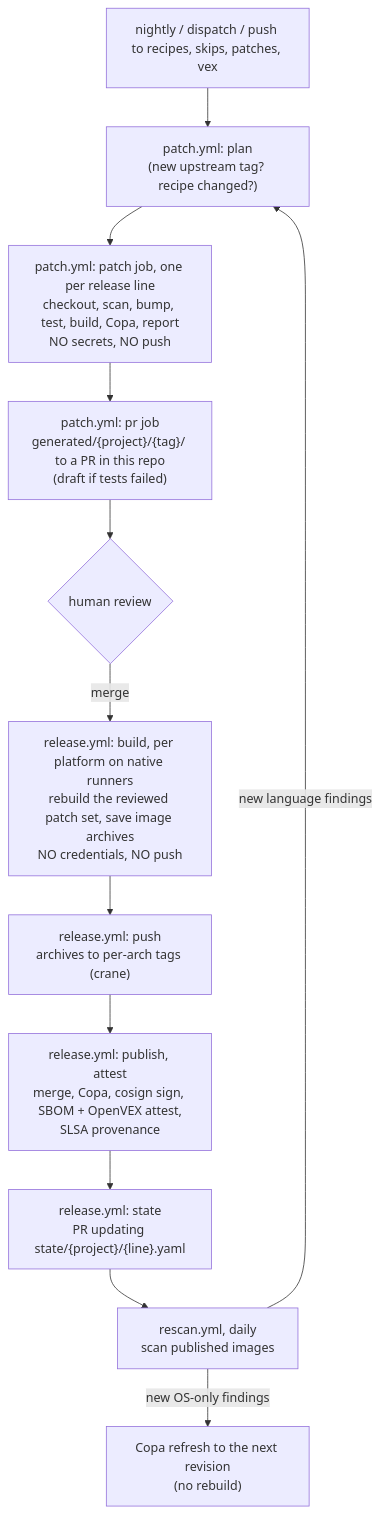
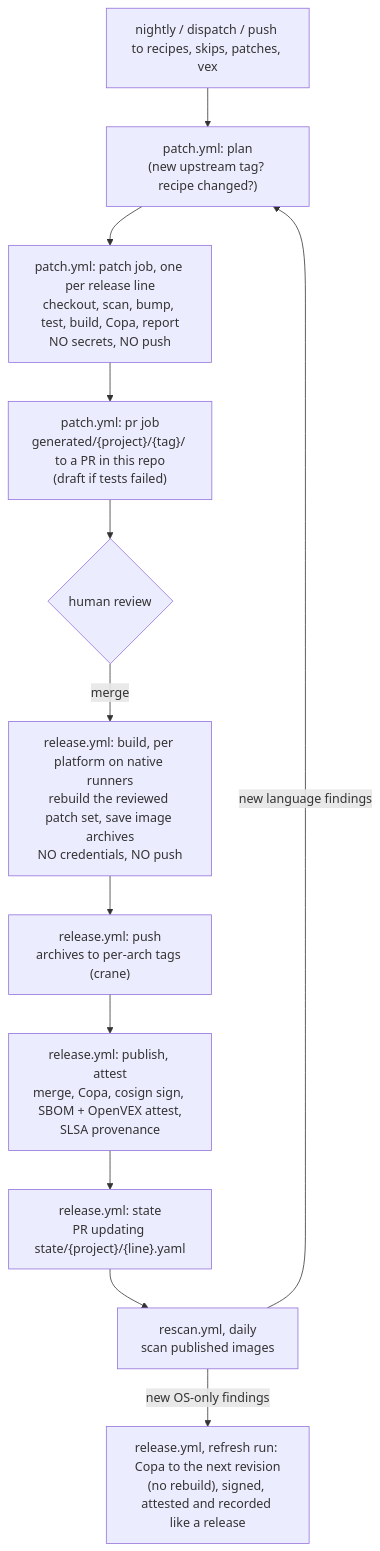
One commit to therickybobbeh/open-source-project-patcher changed the diagram in docs/architecture.md. Above: the diagram before and after it, drawn with Mermaid. The commit also changed other lines of this file and 9 other files, not shown here.

````diff
--- a/docs/architecture.md
+++ b/docs/architecture.md
@@ -63,14 +63,14 @@
 ```mermaid
 flowchart TD
     cron["nightly / dispatch / push to recipes, skips, patches, vex"] --> plan["patch.yml: plan<br/>(new upstream tag? recipe changed?)"]
     plan --> patch["patch.yml: patch job, one per release line<br/>checkout, scan, bump, test, build, Copa, report<br/>NO secrets, NO push"]
     patch --> pr["patch.yml: pr job<br/>generated/{project}/{tag}/ to a PR in this repo<br/>(draft if tests failed)"]
     pr --> review{"human review"}
     review -->|merge| build["release.yml: build, per platform on native runners<br/>rebuild the reviewed patch set, save image archives<br/>NO credentials, NO push"]
     build --> push["release.yml: push<br/>archives to per-arch tags (crane)"]
     push --> release["release.yml: publish, attest<br/>merge, Copa, cosign sign, SBOM + OpenVEX attest,<br/>SLSA provenance"]
     release --> state["release.yml: state<br/>PR updating state/{project}/{line}.yaml"]
     state --> rescan["rescan.yml, daily<br/>scan published images"]
-    rescan -->|new OS-only findings| refresh["Copa refresh to the next revision<br/>(no rebuild)"]
+    rescan -->|new OS-only findings| refresh["release.yml, refresh run: Copa to the next revision<br/>(no rebuild), signed, attested and recorded like a release"]
     rescan -->|new language findings| plan
 ```
````
